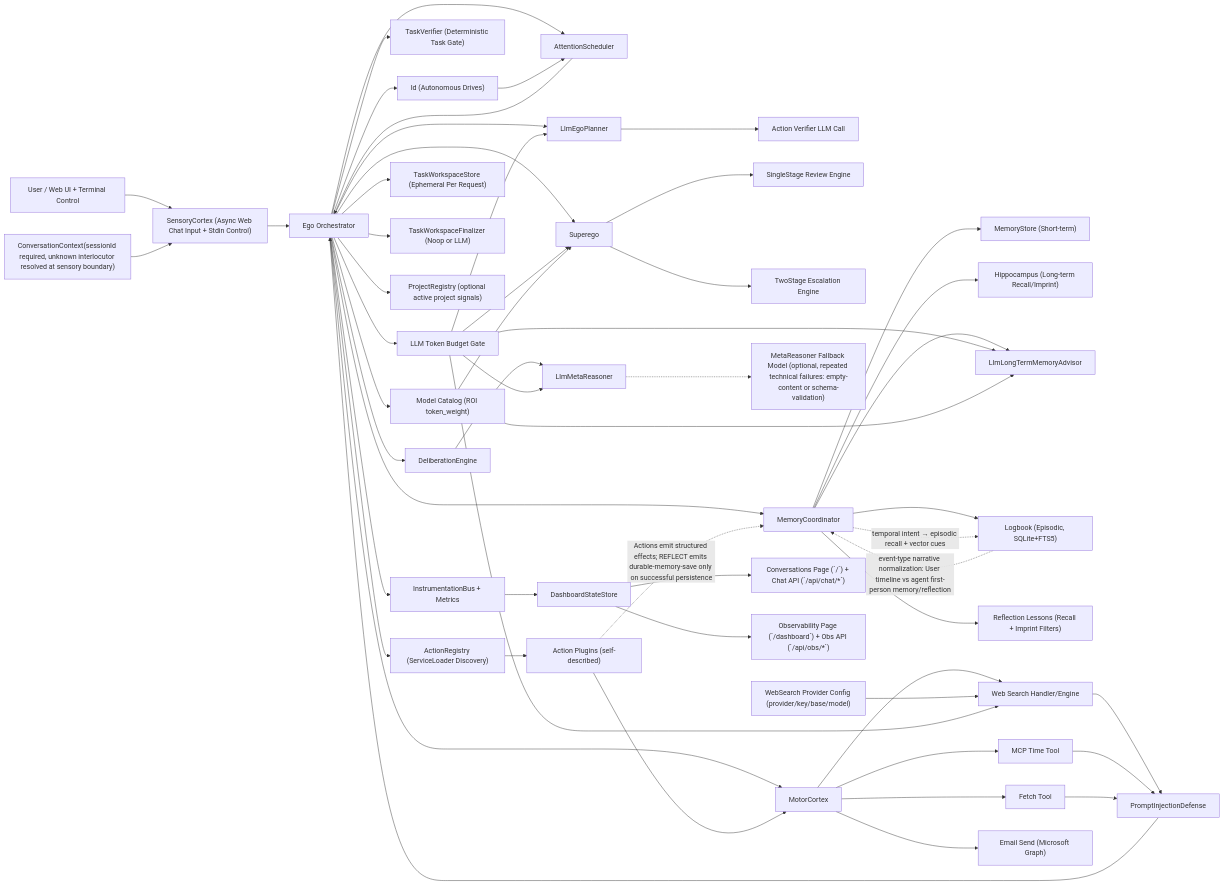
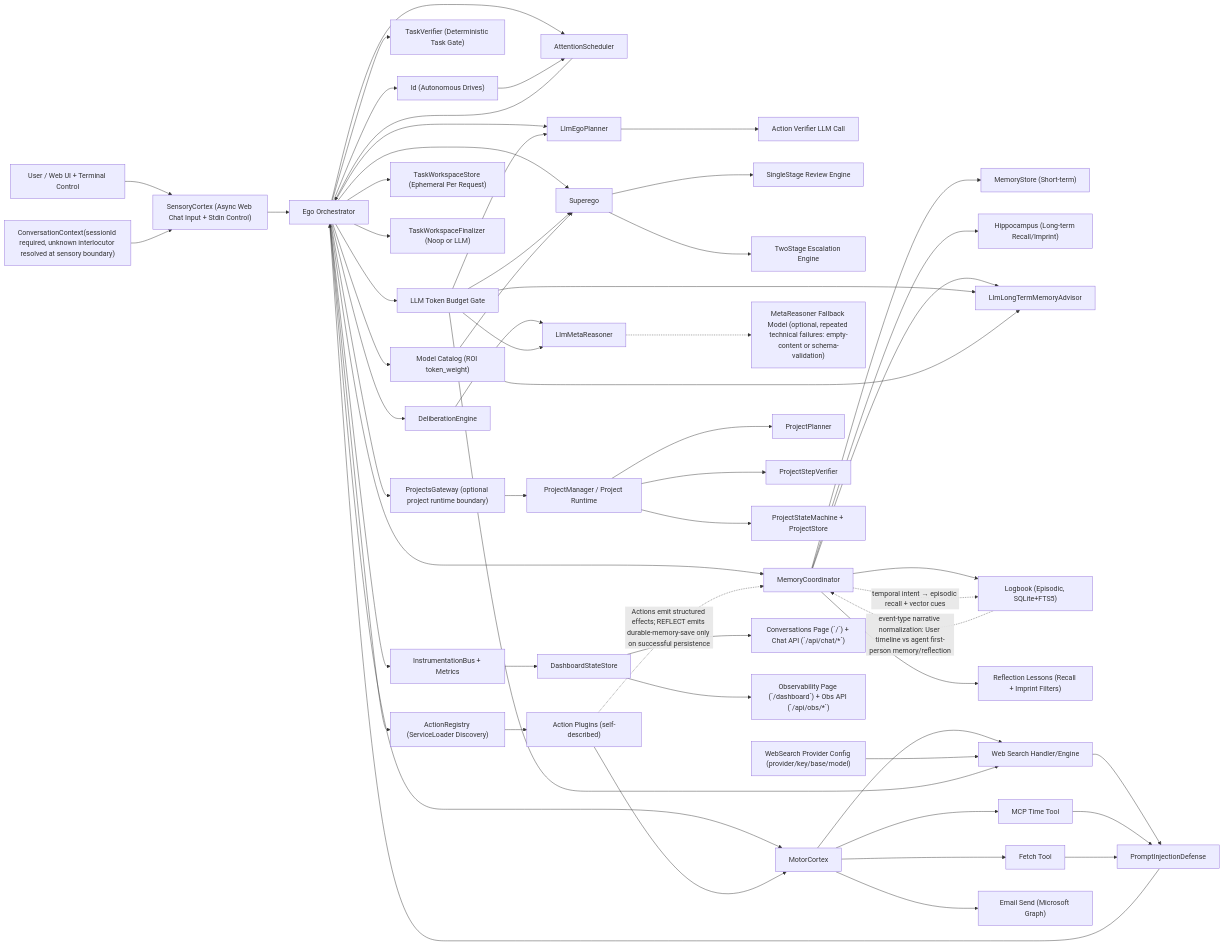
The first of 7 diagrams in AGENT_LOGIC_DIAGRAM.md (neopsyke/NeoPsyke), drawn with Mermaid before and after one commit. The commit also changed other lines of this file and 26 other files, not shown here.

First line of the commit message:
refactor(projects): implement gateway-owned runtime

````diff
--- a/AGENT_LOGIC_DIAGRAM.md
+++ b/AGENT_LOGIC_DIAGRAM.md
@@ -8,65 +8,69 @@
 ```mermaid
 flowchart LR
     U["User / Web UI + Terminal Control"] --> SC["SensoryCortex (Async Web Chat Input + Stdin Control)"]
     SC --> E["Ego Orchestrator"]
     NoteCtx["ConversationContext(sessionId required, unknown interlocutor resolved at sensory boundary)"] --> SC
 
     E --> AS["AttentionScheduler"]
     AS --> E
     ID["Id (Autonomous Drives)"] --> AS
     E --> ID
 
     E --> P["LlmEgoPlanner"]
     P --> AV["Action Verifier LLM Call"]
     E --> TV["TaskVerifier (Deterministic Task Gate)"]
     E --> S["Superego"]
     S --> S1["SingleStage Review Engine"]
     S --> S2["TwoStage Escalation Engine"]
     E --> AR["ActionRegistry (ServiceLoader Discovery)"]
     E --> M["MotorCortex"]
     E --> BG["LLM Token Budget Gate"]
     E --> MCat["Model Catalog (ROI token_weight)"]
 
     E --> DE["DeliberationEngine"]
     DE --> MR["LlmMetaReasoner"]
     MR -.-> MRF["MetaReasoner Fallback Model (optional, repeated technical failures: empty-content or schema-validation)"]
 
     E --> MC["MemoryCoordinator"]
     MC --> MS["MemoryStore (Short-term)"]
     MC --> H["Hippocampus (Long-term Recall/Imprint)"]
     MC --> LTM["LlmLongTermMemoryAdvisor"]
     MC --> LB["Logbook (Episodic, SQLite+FTS5)"]
     LB -.->|"event-type narrative normalization: User timeline vs agent first-person memory/reflection"| MC
     MC --> RL["Reflection Lessons (Recall + Imprint Filters)"]
     MC -.->|"temporal intent → episodic recall + vector cues"| LB
     E --> TWS["TaskWorkspaceStore (Ephemeral Per Request)"]
     E --> TWF["TaskWorkspaceFinalizer (Noop or LLM)"]
-    E --> PR["ProjectRegistry (optional active project signals)"]
+    E --> PG["ProjectsGateway (optional project runtime boundary)"]
+    PG --> PM["ProjectManager / Project Runtime"]
+    PM --> PP["ProjectPlanner"]
+    PM --> PV["ProjectStepVerifier"]
+    PM --> PS["ProjectStateMachine + ProjectStore"]
 
     AR --> AP["Action Plugins (self-described)"]
     AP --> M
     AP -.->|"Actions emit structured effects; REFLECT emits durable-memory-save only on successful persistence"| MC
 
     M --> WS["Web Search Handler/Engine"]
     CfgWS["WebSearch Provider Config (provider/key/base/model)"] --> WS
     M --> MT["MCP Time Tool"]
     M --> MF["Fetch Tool"]
     M --> EM["Email Send (Microsoft Graph)"]
     WS --> PID["PromptInjectionDefense"]
     MT --> PID
     MF --> PID
     PID --> E
 
     BG --> P
     BG --> S
     BG --> MR
     BG --> LTM
     BG --> WS
     MCat --> S
     MCat --> LTM
 
     E --> I["InstrumentationBus + Metrics"]
     I --> DS["DashboardStateStore"]
     DS --> CP["Conversations Page (`/`) + Chat API (`/api/chat/*`)"]
     DS --> OP["Observability Page (`/dashboard`) + Obs API (`/api/obs/*`)"]
 ```
````
